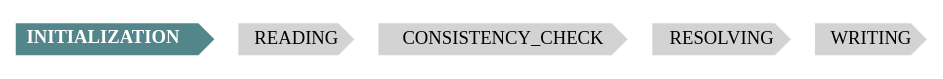
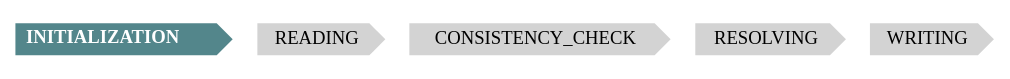
One commit to DocumentationBook/SphinxDocumentation changed the diagram in research/sphinx/app_init/phases_init.gv. Above: the diagram before and after it, drawn with Graphviz. The commit also changed 12 other files, not shown here.

Commit message:
RESOLVE and WRITING phases started.

```diff
--- a/research/sphinx/app_init/phases_init.gv
+++ b/research/sphinx/app_init/phases_init.gv
@@ -1,8 +1,8 @@
 digraph {
 	node [color=none shape=cds fillcolor=lightgrey style=filled]
-	"init" [label=<<b>INITIALIZATION</b>> fillcolor=cadetblue4 fontcolor=white href="../research/sphinx/app_init/" target=_top]
-	"read" [label="READING" href="../research/sphinx/read/" target=_top]
-	"consistency" [label="CONSISTENCY_CHECK" href="../research/sphinx/consistency/" target=_top]
-	"resolve" [label="RESOLVING" href="../research/sphinx/resolve/" target=_top]
-	"write" [label="WRITING" href="../research/sphinx/write/" target=_top]
+	"init" [label=<<b>INITIALIZATION &#160;&#160;</b>> fillcolor=cadetblue4 fontcolor=white href="../research/sphinx/app_init/" target=_top]
+	"read" [label="READING  " href="../research/sphinx/read/" target=_top]
+	"consistency" [label="CONSISTENCY_CHECK  " href="../research/sphinx/consistency/" target=_top]
+	"resolve" [label="RESOLVING  " href="../research/sphinx/resolve/" target=_top]
+	"write" [label="WRITING  " href="../research/sphinx/write/" target=_top]
 }
```
